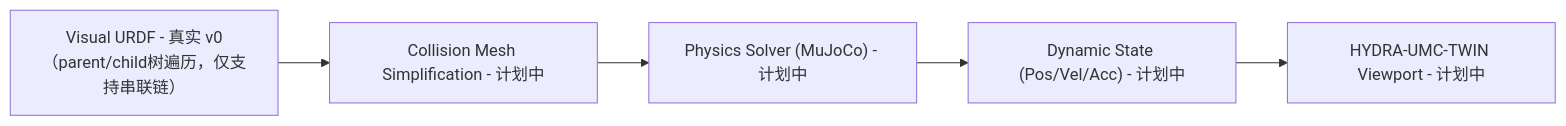
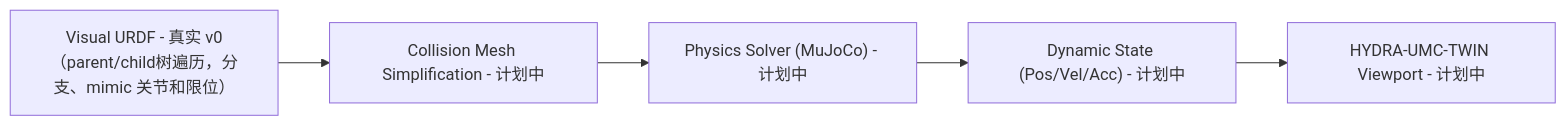
Before and after one commit to JuanenRac/HYDRA-UMC-PHYSICS-REPLICA: the diagram in README_zho.md, drawn with Mermaid. The commit also changed other lines of this file and 15 other files, not shown here.

Commit message:
Read a branching URDF whole, follow mimic joints and check soft, velocity and effort limits

````diff
--- a/README_zho.md
+++ b/README_zho.md
@@ -56,7 +56,7 @@
 ```mermaid
 flowchart LR
-    URDF["Visual URDF - 真实 v0（parent/child树遍历，仅支持串联链）"] --> MESH["Collision Mesh Simplification - 计划中"]
+    URDF["Visual URDF - 真实 v0（parent/child树遍历，分支、mimic 关节和限位）"] --> MESH["Collision Mesh Simplification - 计划中"]
     MESH --> SOLVE["Physics Solver (MuJoCo) - 计划中"]
     SOLVE --> DYN["Dynamic State (Pos/Vel/Acc) - 计划中"]
     DYN --> TWIN["HYDRA-UMC-TWIN Viewport - 计划中"]
 ```
````
